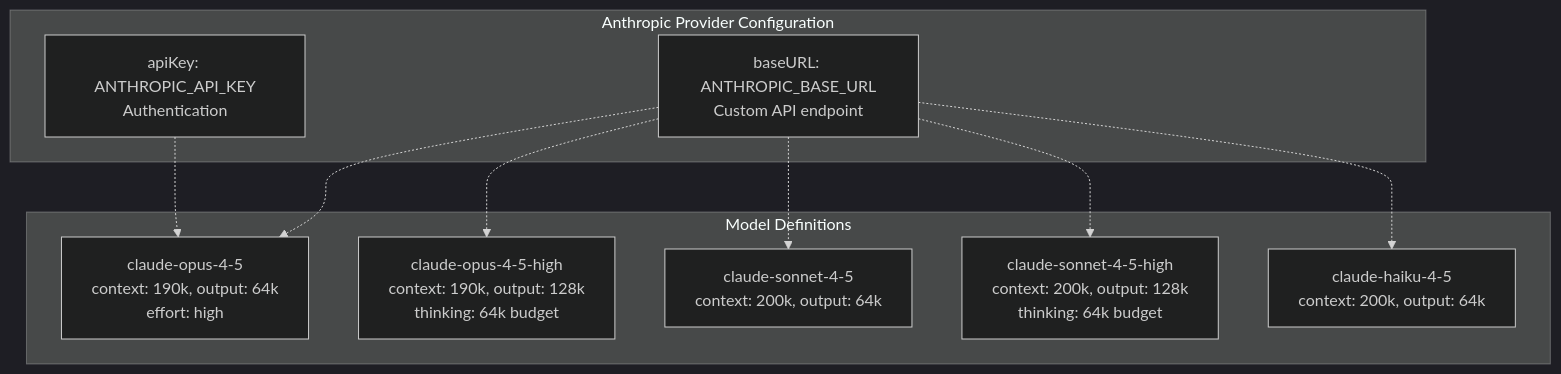
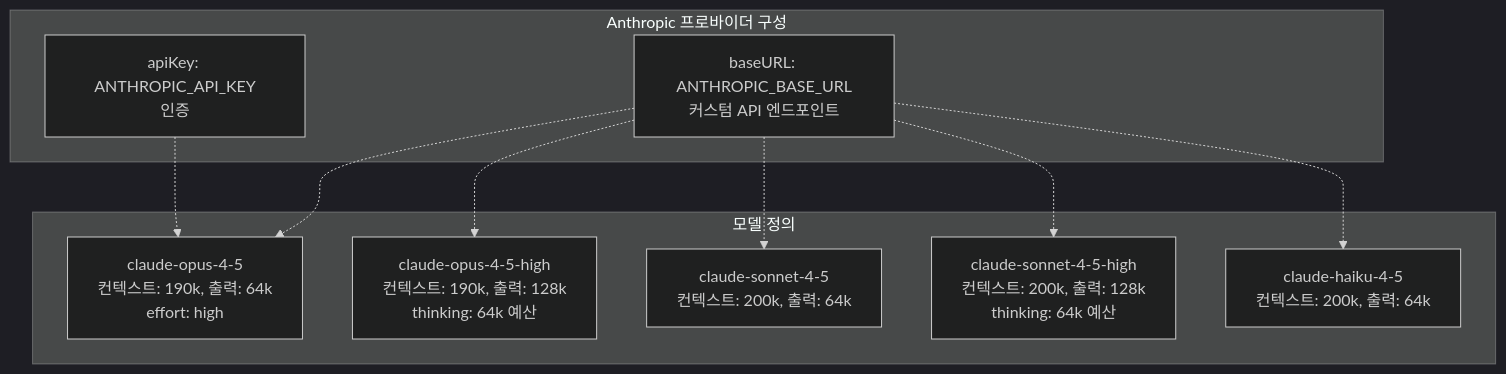
The third of 10 diagrams in docs/agents/github-workflow-integration.md (felipetruman/oh-my-opencode-docs), drawn with Mermaid (dark theme) before and after one commit. The commit also changed other lines of this file and 76 other files, not shown here.

````diff
--- a/docs/agents/github-workflow-integration.md
+++ b/docs/agents/github-workflow-integration.md
@@ -142,31 +142,31 @@
 ```mermaid
 flowchart TD
 
-BaseURL["baseURL: ANTHROPIC_BASE_URL<br>Custom API endpoint"]
-APIKey["apiKey: ANTHROPIC_API_KEY<br>Authentication"]
-Opus45["claude-opus-4-5<br>context: 190k, output: 64k<br>effort: high"]
-OpusHigh["claude-opus-4-5-high<br>context: 190k, output: 128k<br>thinking: 64k budget"]
-Sonnet45["claude-sonnet-4-5<br>context: 200k, output: 64k"]
-SonnetHigh["claude-sonnet-4-5-high<br>context: 200k, output: 128k<br>thinking: 64k budget"]
-Haiku45["claude-haiku-4-5<br>context: 200k, output: 64k"]
+BaseURL["baseURL: ANTHROPIC_BASE_URL<br>커스텀 API 엔드포인트"]
+APIKey["apiKey: ANTHROPIC_API_KEY<br>인증"]
+Opus45["claude-opus-4-5<br>컨텍스트: 190k, 출력: 64k<br>effort: high"]
+OpusHigh["claude-opus-4-5-high<br>컨텍스트: 190k, 출력: 128k<br>thinking: 64k 예산"]
+Sonnet45["claude-sonnet-4-5<br>컨텍스트: 200k, 출력: 64k"]
+SonnetHigh["claude-sonnet-4-5-high<br>컨텍스트: 200k, 출력: 128k<br>thinking: 64k 예산"]
+Haiku45["claude-haiku-4-5<br>컨텍스트: 200k, 출력: 64k"]
 
 BaseURL -.-> Opus45
 APIKey -.-> Opus45
 BaseURL -.-> OpusHigh
 BaseURL -.-> Sonnet45
 BaseURL -.-> SonnetHigh
 BaseURL -.-> Haiku45
 
-subgraph subGraph1 ["Model Definitions"]
+subgraph subGraph1 ["모델 정의"]
     Opus45
     OpusHigh
     Sonnet45
     SonnetHigh
     Haiku45
 end
 
-subgraph subGraph0 ["Anthropic Provider Configuration"]
+subgraph subGraph0 ["Anthropic 프로바이더 구성"]
     BaseURL
     APIKey
 end
 ```
````
